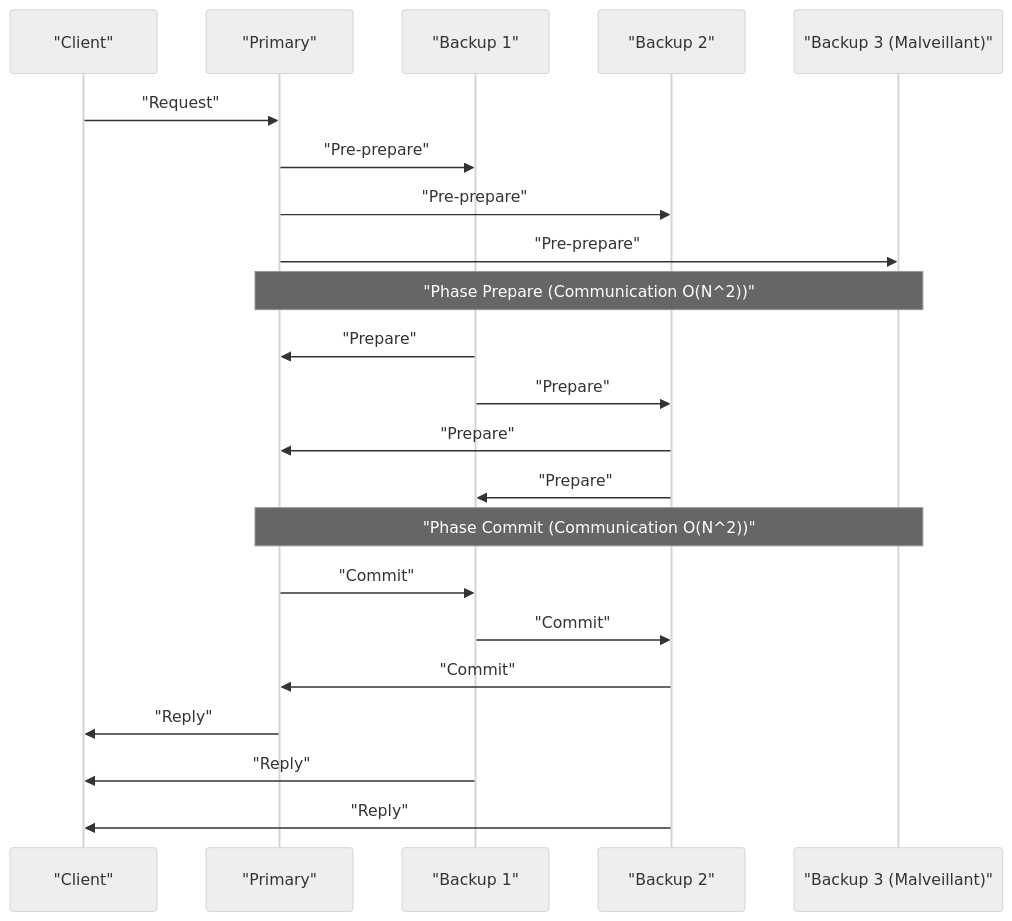
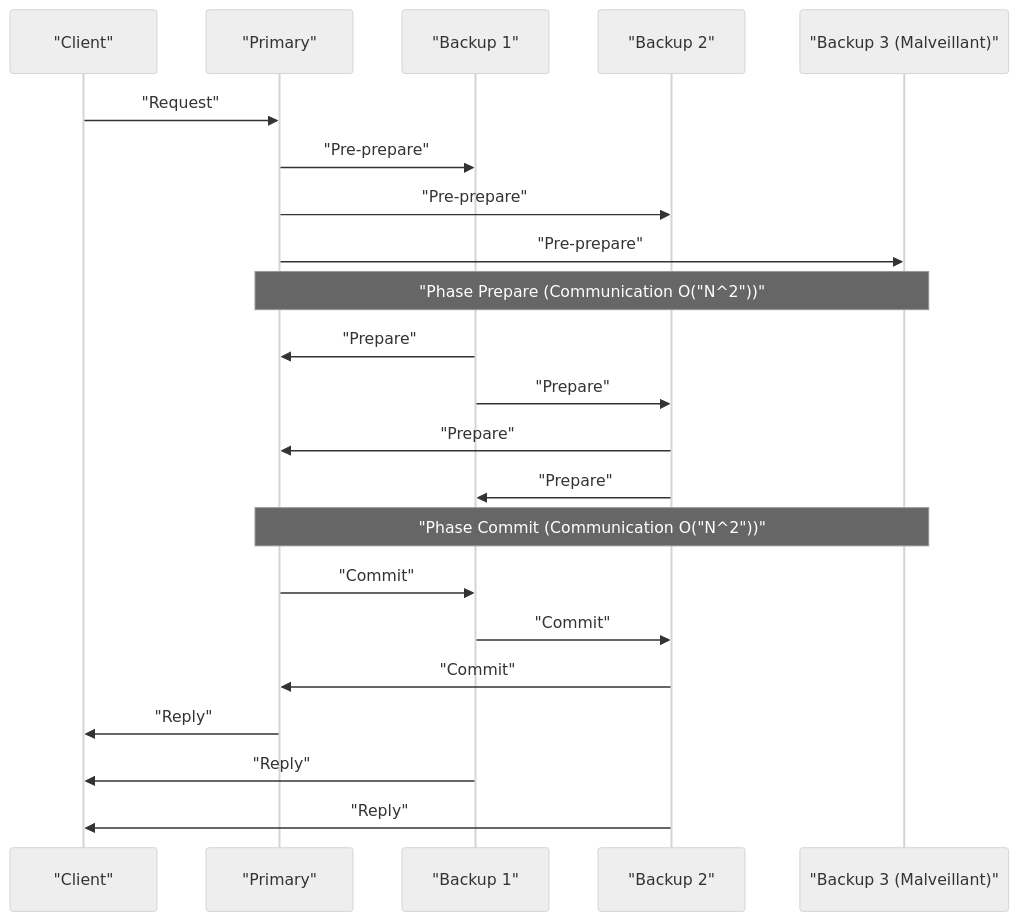
Before and after one commit to kenjinote/blog: the third of 3 diagrams in content/post/byzantine-generals-problem-consensus/index.fr.md, drawn with Mermaid (neutral theme). The commit also changed 929 other files, not shown here.

Commit message:
fix: Add double quotes to all Mermaid node texts to resolve syntax errors

````diff
--- a/content/post/byzantine-generals-problem-consensus/index.fr.md
+++ b/content/post/byzantine-generals-problem-consensus/index.fr.md
@@ -242,28 +242,28 @@
 ```mermaid
 sequenceDiagram
     participant C as "Client"
     participant P as "Primary"
     participant B1 as "Backup 1"
     participant B2 as "Backup 2"
     participant B3 as "Backup 3 (Malveillant)"
 
     C->>P: "Request"
     P->>B1: "Pre-prepare"
     P->>B2: "Pre-prepare"
     P->>B3: "Pre-prepare"
     
-    Note over P,B3: "Phase Prepare (Communication O(N^2))"
+    Note over P,B3: "Phase Prepare (Communication O("N^2"))"
     B1->>P: "Prepare"
     B1->>B2: "Prepare"
     B2->>P: "Prepare"
     B2->>B1: "Prepare"
     
-    Note over P,B3: "Phase Commit (Communication O(N^2))"
+    Note over P,B3: "Phase Commit (Communication O("N^2"))"
     P->>B1: "Commit"
     B1->>B2: "Commit"
     B2->>P: "Commit"
     
     P->>C: "Reply"
     B1->>C: "Reply"
     B2->>C: "Reply"
 ```
````
